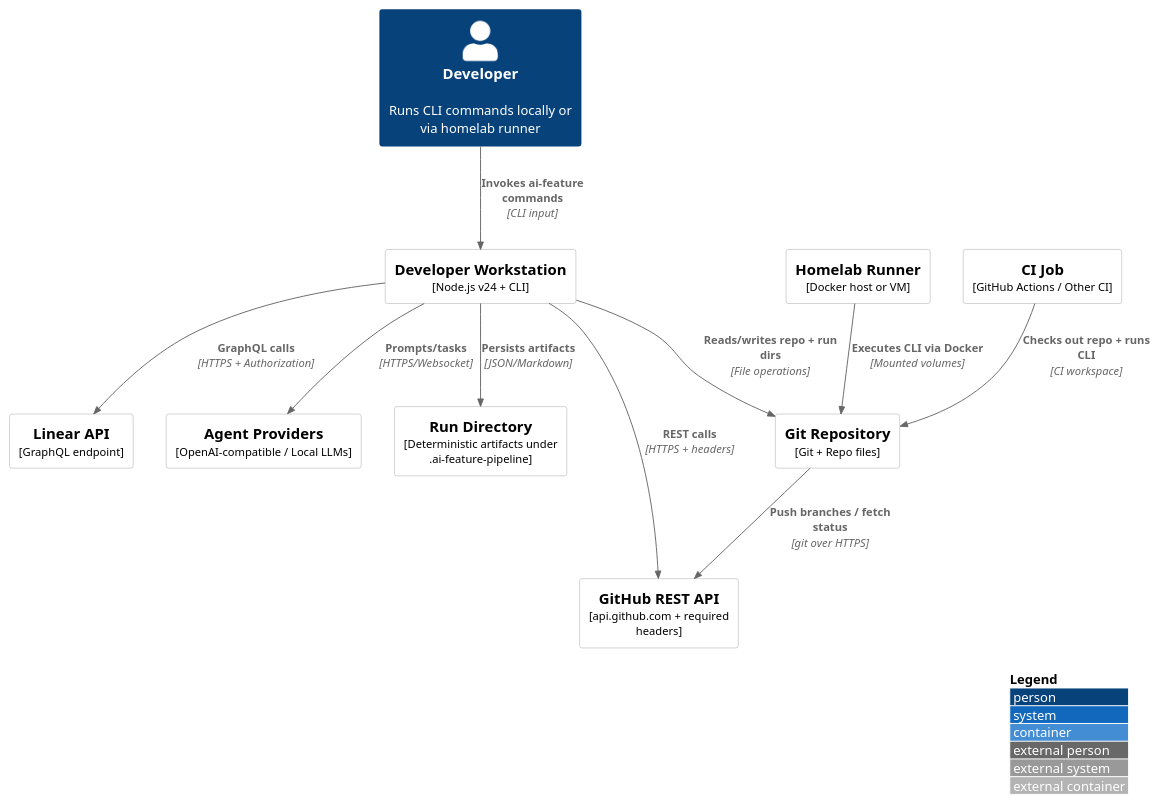
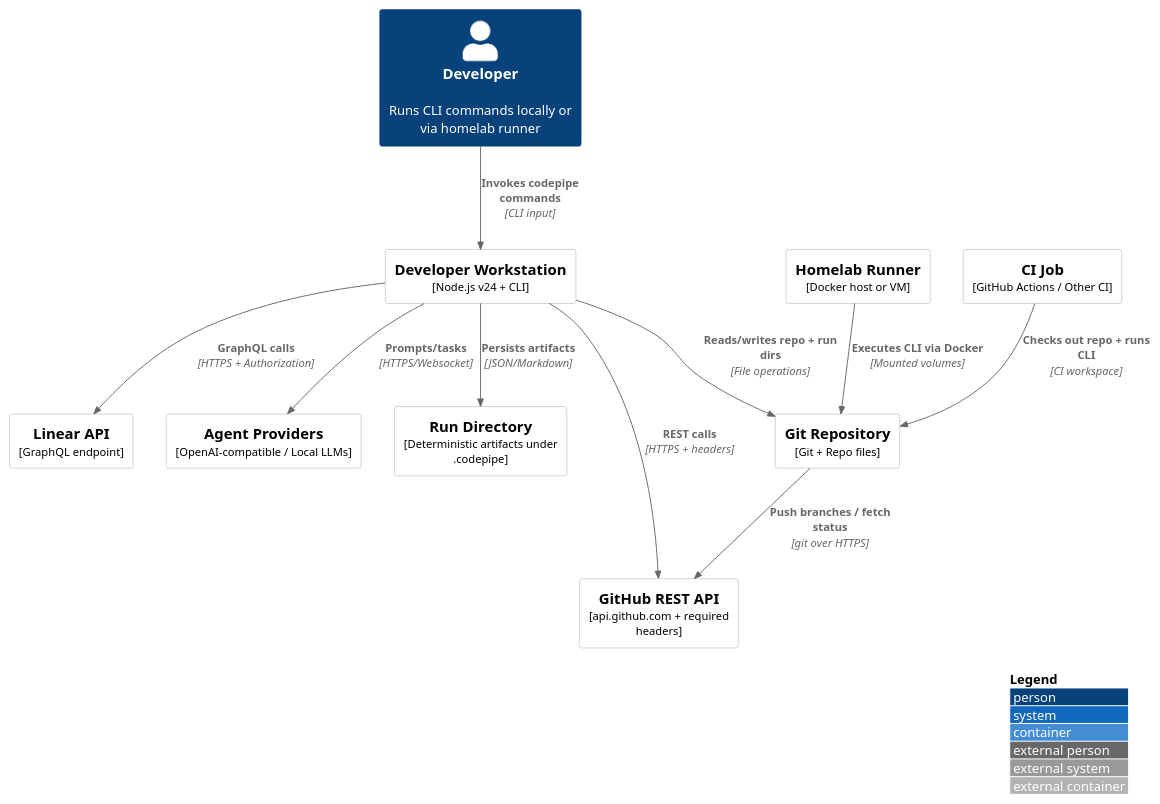
The diagram in .codemachine/artifacts/architecture/04_Operational_Architecture.md (KingInYellows/codemachine-pipeline), drawn with PlantUML before and after one commit. The commit also changed other lines of this file and 100 other files, not shown here.

```diff
--- a/.codemachine/artifacts/architecture/04_Operational_Architecture.md
+++ b/.codemachine/artifacts/architecture/04_Operational_Architecture.md
@@ -173,24 +173,24 @@
 ~~~plantuml
 @startuml
 !include https://raw.githubusercontent.com/plantuml-stdlib/C4-PlantUML/master/C4_Deployment.puml
 LAYOUT_WITH_LEGEND()
 Person(dev, "Developer", "Runs CLI commands locally or via homelab runner")
 Node(laptop, "Developer Workstation", "Node.js v24 + CLI")
 Node(homelab, "Homelab Runner", "Docker host or VM")
 Node(ci, "CI Job", "GitHub Actions / Other CI")
 Node(repo, "Git Repository", "Git + Repo files")
 Node(github, "GitHub REST API", "api.github.com + required headers")
 Node(linear, "Linear API", "GraphQL endpoint")
 Node(agent, "Agent Providers", "OpenAI-compatible / Local LLMs")
-Node(storage, "Run Directory", "Deterministic artifacts under .ai-feature-pipeline")
-Rel(dev, laptop, "Invokes ai-feature commands", "CLI input")
+Node(storage, "Run Directory", "Deterministic artifacts under .codepipe")
+Rel(dev, laptop, "Invokes codepipe commands", "CLI input")
 Rel(laptop, repo, "Reads/writes repo + run dirs", "File operations")
 Rel(laptop, github, "REST calls", "HTTPS + headers")
 Rel(laptop, linear, "GraphQL calls", "HTTPS + Authorization")
 Rel(laptop, agent, "Prompts/tasks", "HTTPS/Websocket")
 Rel(laptop, storage, "Persists artifacts", "JSON/Markdown")
 Rel(homelab, repo, "Executes CLI via Docker", "Mounted volumes")
 Rel(ci, repo, "Checks out repo + runs CLI", "CI workspace")
 Rel(repo, github, "Push branches / fetch status", "git over HTTPS")
 @enduml
 ~~~
```
